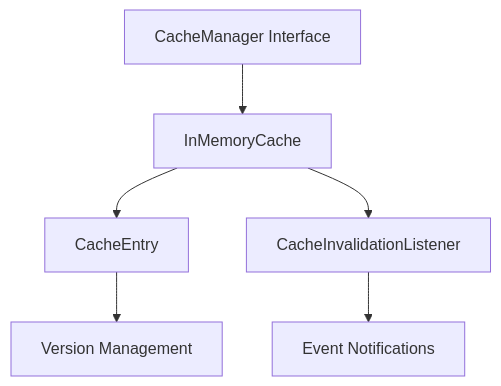
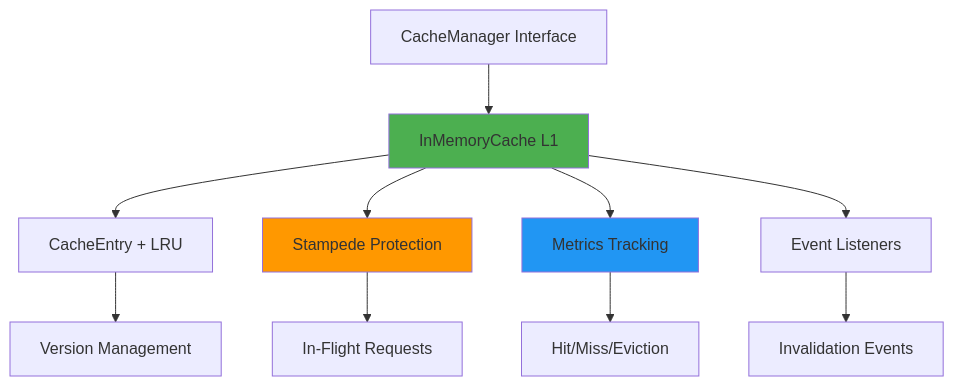
The diagram in core/cache/README.md (protap-dev/protistan.service), drawn with Mermaid before and after one commit. The commit also changed other lines of this file and 1 other file, not shown here.

Commit message:
feat(core): implement version-aware cache system with optimistic locking and comprehensive testing

````diff
--- a/core/cache/README.md
+++ b/core/cache/README.md
@@ -17,8 +20,16 @@
 ```mermaid
 graph TD
-    A[CacheManager Interface] --> B[InMemoryCache]
-    B --> C[CacheEntry]
-    B --> D[CacheInvalidationListener]
-    C --> E[Version Management]
-    D --> F[Event Notifications]
+    A[CacheManager Interface] --> B[InMemoryCache L1]
+    B --> C[CacheEntry + LRU]
+    B --> D[Stampede Protection]
+    B --> E[Metrics Tracking]
+    B --> F[Event Listeners]
+    C --> G[Version Management]
+    D --> H[In-Flight Requests]
+    E --> I[Hit/Miss/Eviction]
+    F --> J[Invalidation Events]
+    
+    style B fill:#4CAF50
+    style D fill:#FF9800
+    style E fill:#2196F3
 ```
````
